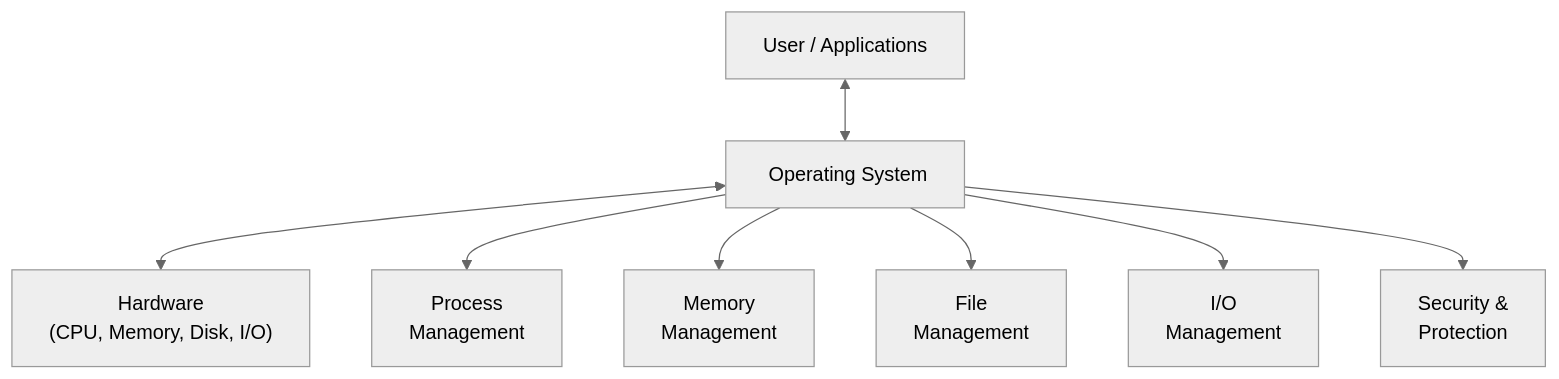
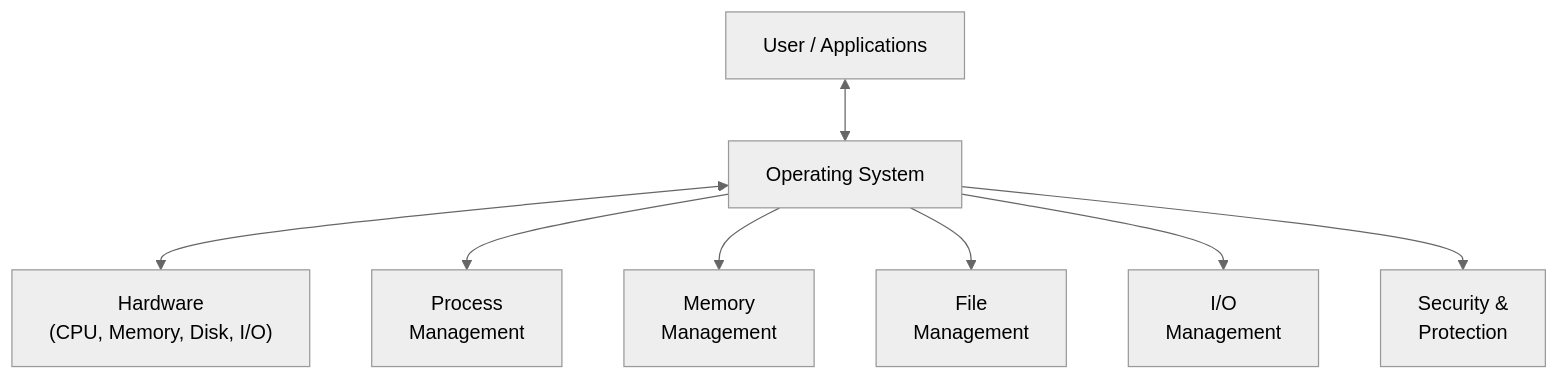
The first of 5 diagrams in 01-Semester-V/CS-302-MJ-T-Operating-Systems/Unit-1.md (amitdevx/TY), drawn with Mermaid (neutral theme) before and after one commit. The commit also changed other lines of this file and 186 other files, not shown here.

````diff
--- a/01-Semester-V/CS-302-MJ-T-Operating-Systems/Unit-1.md
+++ b/01-Semester-V/CS-302-MJ-T-Operating-Systems/Unit-1.md
@@ -53,11 +56,11 @@
 ```mermaid
 graph TD
-    User[" User / Applications"] <--> OS["️ Operating System"]
-    OS <--> HW[" Hardware\n(CPU, Memory, Disk, I/O)"]
+    User[" User / Applications"] <--> OS[" Operating System"]
+    OS <--> HW[" Hardware<br/>(CPU, Memory, Disk, I/O)"]
     
-    OS --> PM["Process\nManagement"]
-    OS --> MM["Memory\nManagement"]
-    OS --> FM["File\nManagement"]
-    OS --> IO["I/O\nManagement"]
-    OS --> SEC["Security &\nProtection"]
+    OS --> PM["Process<br/>Management"]
+    OS --> MM["Memory<br/>Management"]
+    OS --> FM["File<br/>Management"]
+    OS --> IO["I/O<br/>Management"]
+    OS --> SEC["Security &<br/>Protection"]
 ```
````
